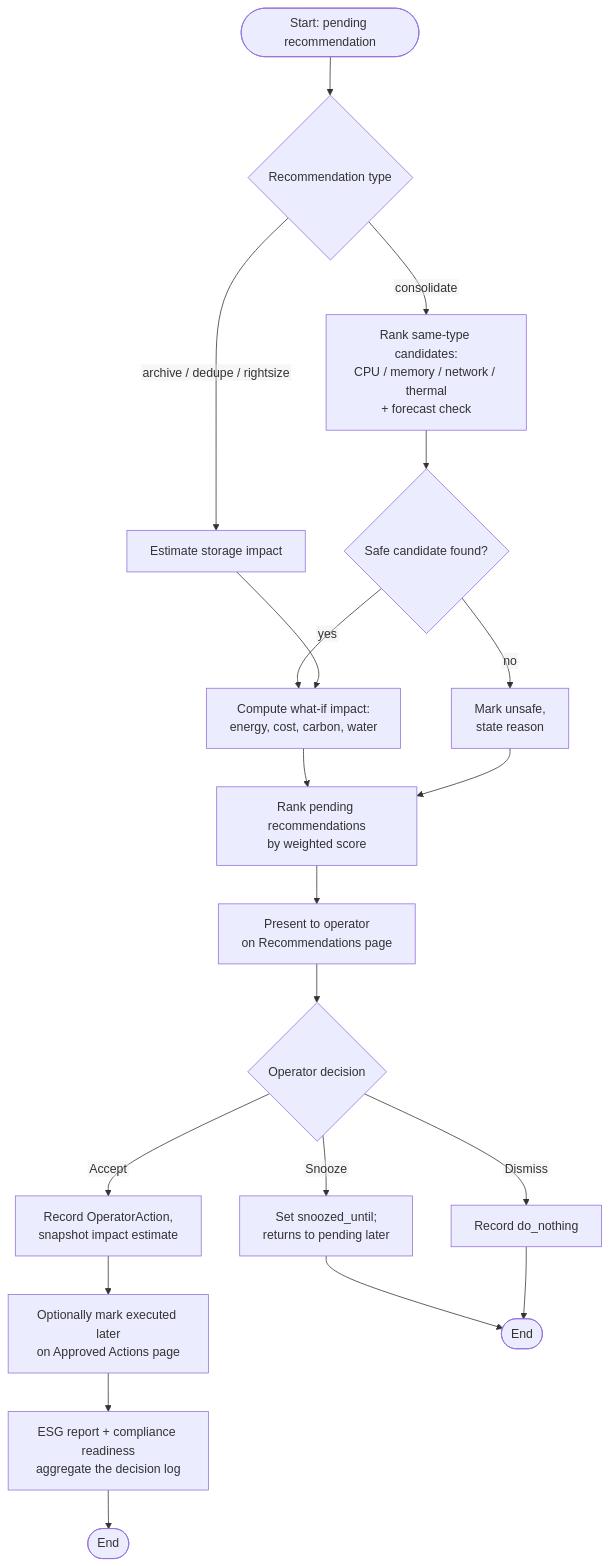
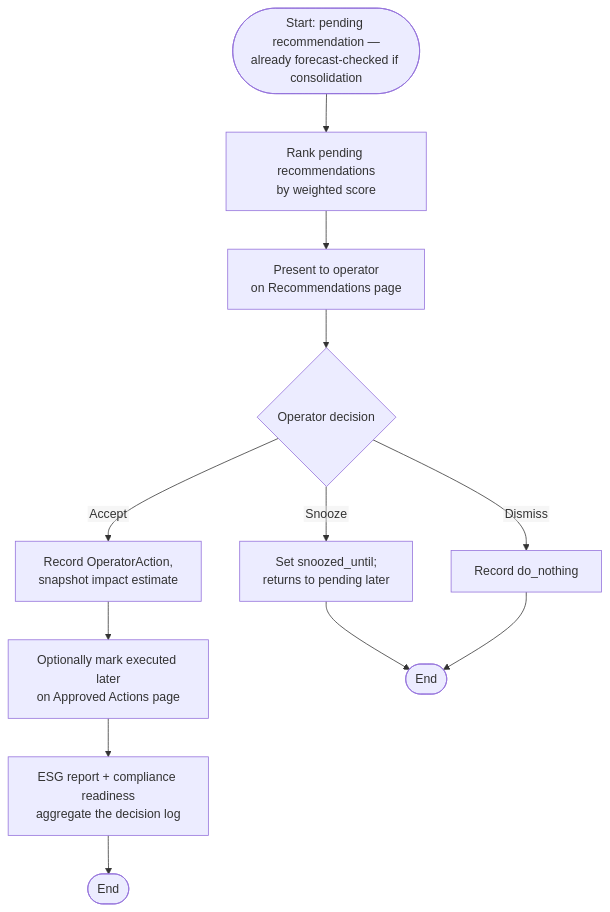
Before and after one commit to KARTHIKHA1011/Data-Center-Sustainability-Platform: the diagram in docs/diagrams/activity-predict-evaluate-recommend.mmd, drawn with Mermaid. The commit also changed 9 other files, not shown here.

First line of the commit message:
Rewrite README for current Phase 2 state, redesign activity diagrams, add login password toggle

```diff
--- a/docs/diagrams/activity-predict-evaluate-recommend.mmd
+++ b/docs/diagrams/activity-predict-evaluate-recommend.mmd
@@ -1,21 +1,13 @@
 %%{init: {"flowchart": {"htmlLabels": false}}}%%
 flowchart TD
-    START2(["Start: pending recommendation"]) --> I{"Recommendation type"}
-    I -- consolidate --> J["Rank same-type candidates:<br/>CPU / memory / network / thermal<br/>+ forecast check"]
-    I -- "archive / dedupe / rightsize" --> K["Estimate storage impact"]
-    J --> L{"Safe candidate found?"}
-    L -- yes --> M["Compute what-if impact:<br/>energy, cost, carbon, water"]
-    L -- no --> N["Mark unsafe,<br/>state reason"]
-    K --> M
-    M --> O["Rank pending recommendations<br/>by weighted score"]
-    N --> O
+    START2(["Start: pending recommendation —<br/>already forecast-checked if consolidation"]) --> O["Rank pending recommendations<br/>by weighted score"]
     O --> P["Present to operator<br/>on Recommendations page"]
     P --> Q{"Operator decision"}
     Q -- Accept --> R["Record OperatorAction,<br/>snapshot impact estimate"]
     Q -- Snooze --> S["Set snoozed_until;<br/>returns to pending later"]
     Q -- Dismiss --> T["Record do_nothing"]
     R --> U["Optionally mark executed later<br/>on Approved Actions page"]
     S --> END3(["End"])
     T --> END3
     U --> V["ESG report + compliance readiness<br/>aggregate the decision log"]
     V --> END4(["End"])
```
